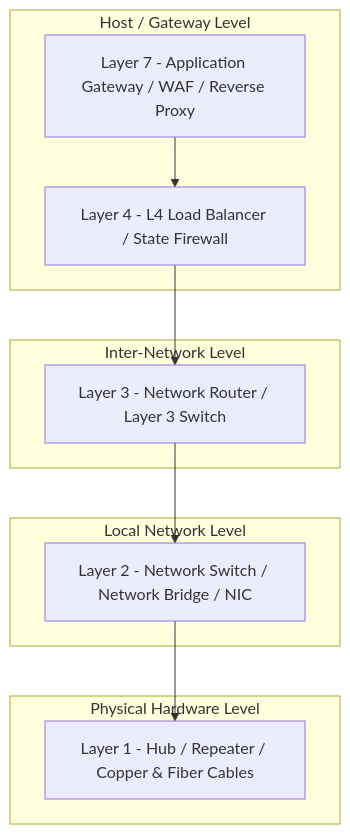
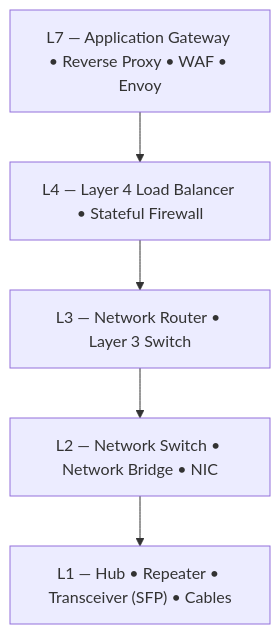
One commit to rohithgowda18/Notes changed the fourth of 5 diagrams in 03-Computer-Networks/OSI-Model-7-Layers.md. Above: the diagram before and after it, drawn with Mermaid. The commit also changed other lines of this file, not shown here.

Commit message:
refactor: compact vertical mermaid diagrams and point-based structured technical explanations for OSI model

````diff
--- a/03-Computer-Networks/OSI-Model-7-Layers.md
+++ b/03-Computer-Networks/OSI-Model-7-Layers.md
@@ -220,24 +355,10 @@
 ```mermaid
 flowchart TD
-    subgraph HostLevel["Host / Gateway Level"]
-        D7["Layer 7 - Application Gateway / WAF / Reverse Proxy"]
-        D4["Layer 4 - L4 Load Balancer / State Firewall"]
-    end
+    D7["L7 — Application Gateway • Reverse Proxy • WAF • Envoy"]
+    D4["L4 — Layer 4 Load Balancer • Stateful Firewall"]
+    D3["L3 — Network Router • Layer 3 Switch"]
+    D2["L2 — Network Switch • Network Bridge • NIC"]
+    D1["L1 — Hub • Repeater • Transceiver (SFP) • Cables"]
 
-    subgraph NetworkLevel["Inter-Network Level"]
-        D3["Layer 3 - Network Router / Layer 3 Switch"]
-    end
-
-    subgraph LocalLevel["Local Network Level"]
-        D2["Layer 2 - Network Switch / Network Bridge / NIC"]
-    end
-
-    subgraph PhysicalLevel["Physical Hardware Level"]
-        D1["Layer 1 - Hub / Repeater / Copper & Fiber Cables"]
-    end
-
-    D7 --> D4
-    D4 --> D3
-    D3 --> D2
-    D2 --> D1
+    D7 --> D4 --> D3 --> D2 --> D1
 ```
````
